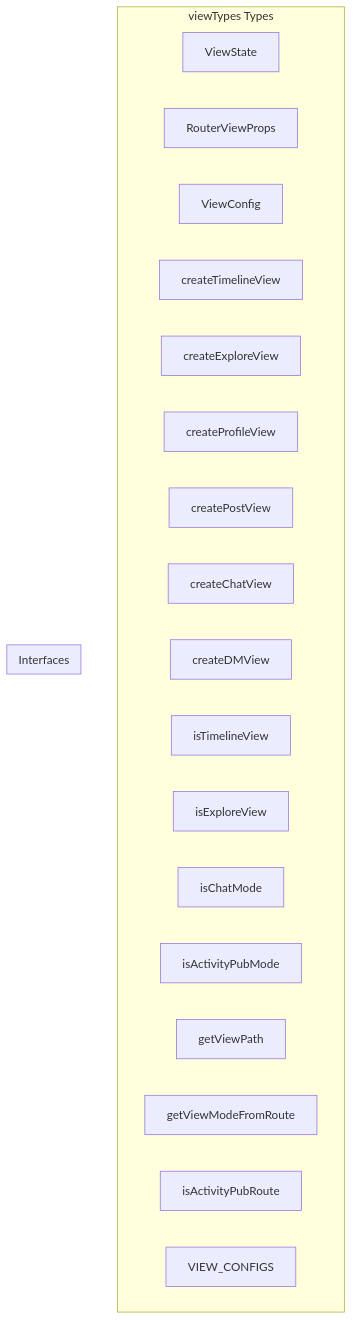
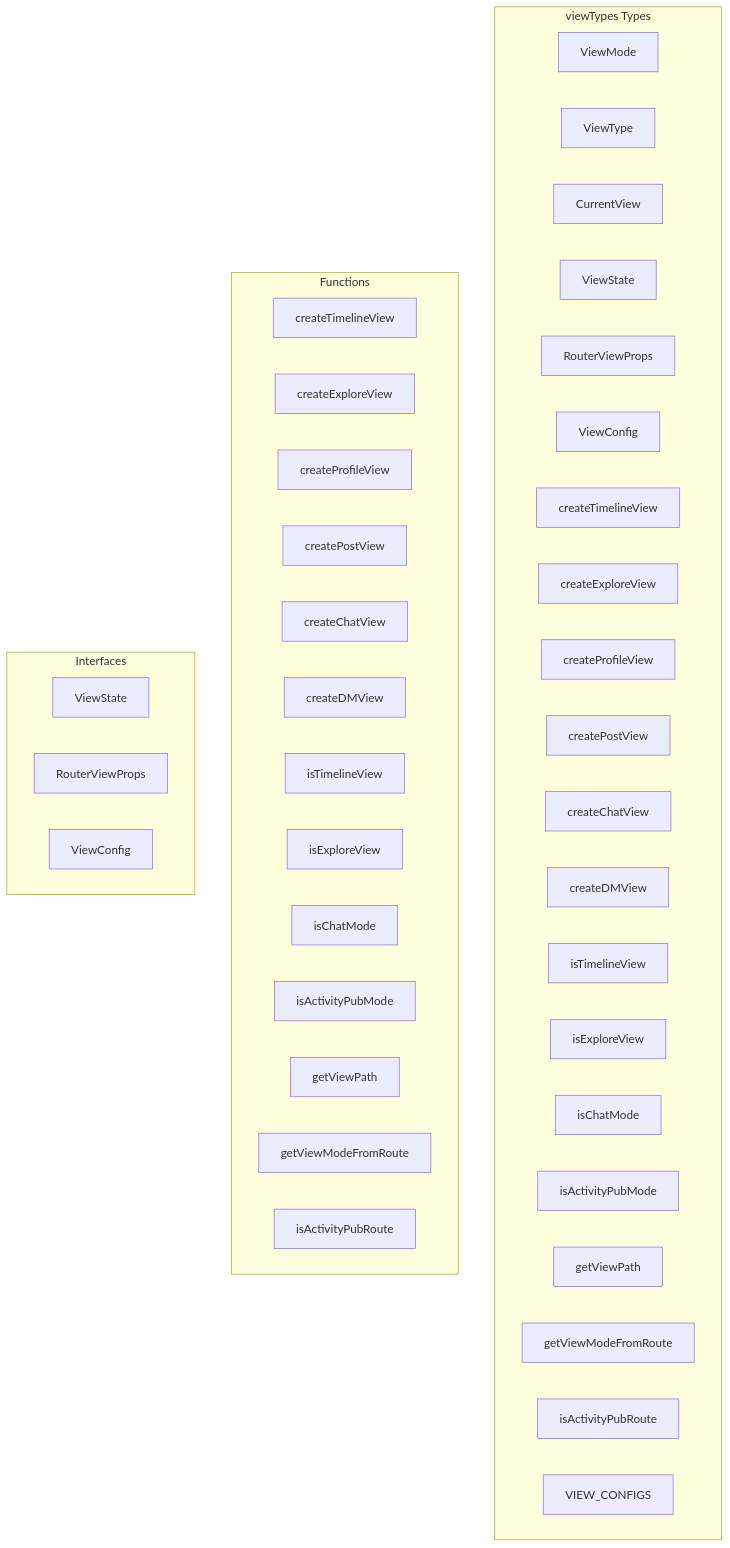
Before and after one commit to y4my4my4m/harmony: the diagram in docs/api/types/viewtypes.md, drawn with Mermaid. The commit also changed other lines of this file and 350 other files, not shown here.

````diff
--- a/docs/api/types/viewtypes.md
+++ b/docs/api/types/viewtypes.md
@@ -7,30 +7,47 @@
 ```mermaid
 graph TB
     subgraph "viewTypes Types"
+        VIEWMODE[ViewMode]
+        VIEWTYPE[ViewType]
+        CURRENTVIEW[CurrentView]
         VIEWSTATE[ViewState]
         ROUTERVIEWPROPS[RouterViewProps]
         VIEWCONFIG[ViewConfig]
         CREATETIMELINEVIEW[createTimelineView]
         CREATEEXPLOREVIEW[createExploreView]
         CREATEPROFILEVIEW[createProfileView]
         CREATEPOSTVIEW[createPostView]
         CREATECHATVIEW[createChatView]
         CREATEDMVIEW[createDMView]
         ISTIMELINEVIEW[isTimelineView]
         ISEXPLOREVIEW[isExploreView]
         ISCHATMODE[isChatMode]
         ISACTIVITYPUBMODE[isActivityPubMode]
         GETVIEWPATH[getViewPath]
         GETVIEWMODEFROMROUTE[getViewModeFromRoute]
         ISACTIVITYPUBROUTE[isActivityPubRoute]
         VIEW_CONFIGS[VIEW_CONFIGS]
     end
     
-    
+    subgraph "Functions"
+        FN_CREATETIMELINEVIEW[createTimelineView]
+        FN_CREATEEXPLOREVIEW[createExploreView]
+        FN_CREATEPROFILEVIEW[createProfileView]
+        FN_CREATEPOSTVIEW[createPostView]
+        FN_CREATECHATVIEW[createChatView]
+        FN_CREATEDMVIEW[createDMView]
+        FN_ISTIMELINEVIEW[isTimelineView]
+        FN_ISEXPLOREVIEW[isExploreView]
+        FN_ISCHATMODE[isChatMode]
+        FN_ISACTIVITYPUBMODE[isActivityPubMode]
+        FN_GETVIEWPATH[getViewPath]
+        FN_GETVIEWMODEFROMROUTE[getViewModeFromRoute]
+        FN_ISACTIVITYPUBROUTE[isActivityPubRoute]
+    end
     
     subgraph "Interfaces"
-        VIEWSTATE[ViewState]
-        ROUTERVIEWPROPS[RouterViewProps]
-        VIEWCONFIG[ViewConfig]
+        INT_VIEWSTATE[ViewState]
+        INT_ROUTERVIEWPROPS[RouterViewProps]
+        INT_VIEWCONFIG[ViewConfig]
     end
 ```
````
